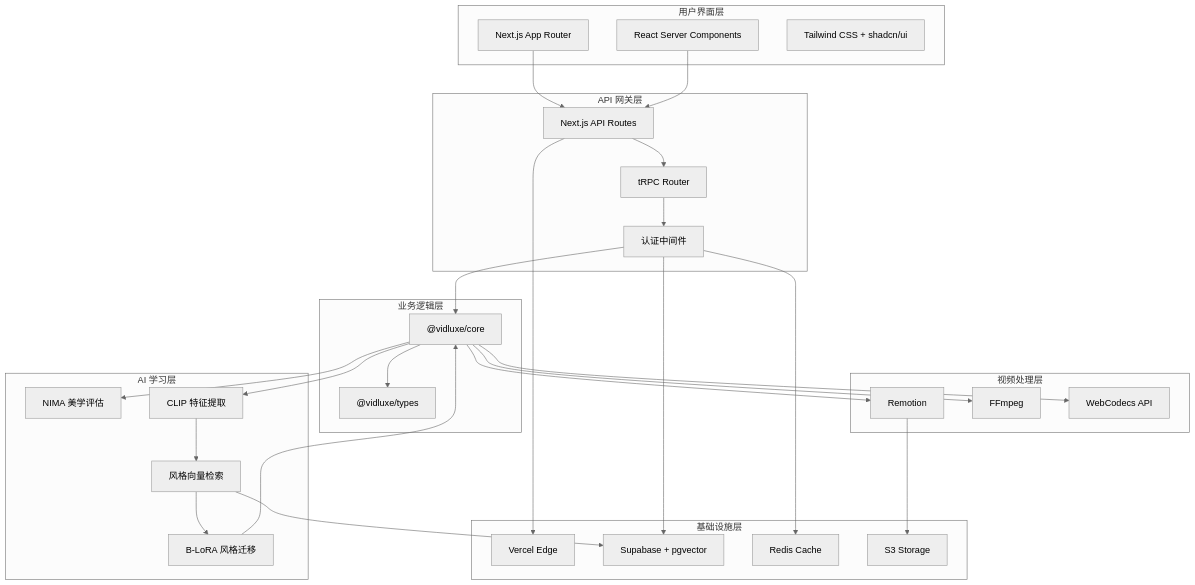
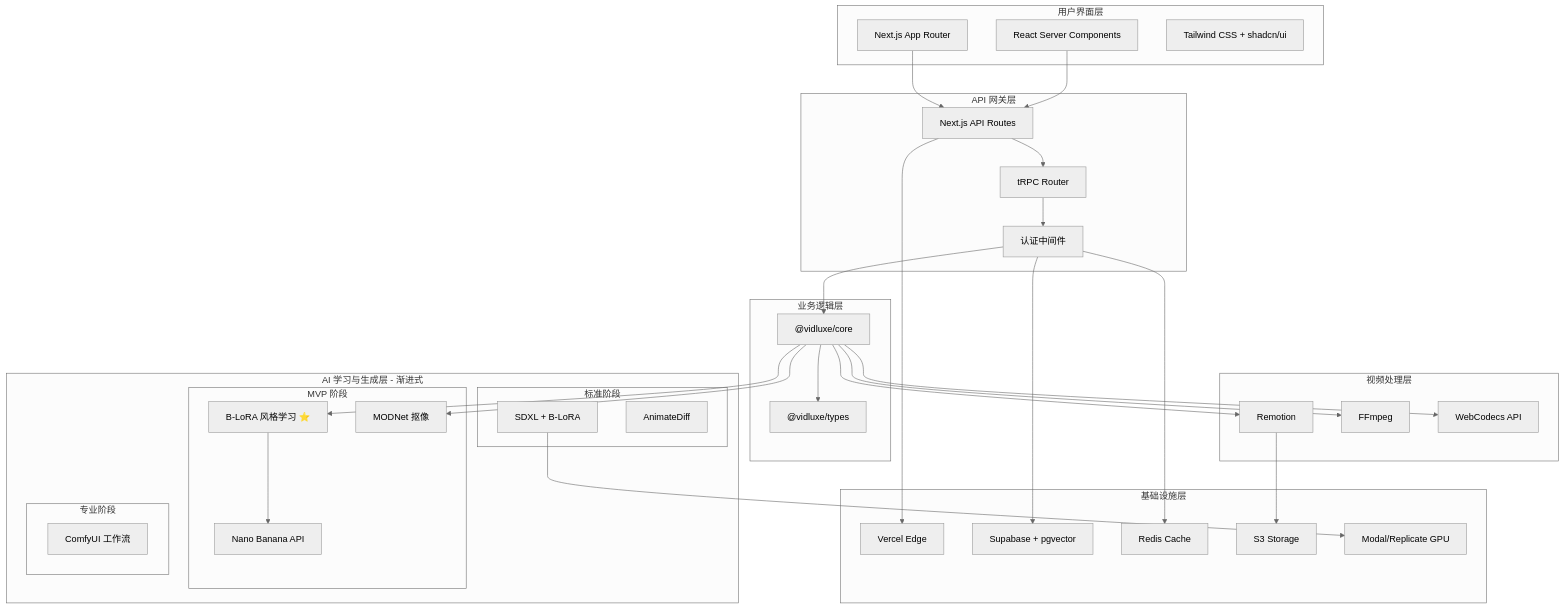
The first of 3 diagrams in docs/ARCHITECTURE.md (w932635477-bit/VidLuxe-), drawn with Mermaid (neutral theme) before and after one commit. The commit also changed other lines of this file and 14 other files, not shown here.

````diff
--- a/docs/ARCHITECTURE.md
+++ b/docs/ARCHITECTURE.md
@@ -7,59 +9,66 @@
 ```mermaid
 graph TB
     subgraph "用户界面层"
         A[Next.js App Router]
         B[React Server Components]
         C[Tailwind CSS + shadcn/ui]
     end
 
     subgraph "API 网关层"
         D[Next.js API Routes]
         E[tRPC Router]
         F[认证中间件]
     end
 
     subgraph "业务逻辑层"
         G["@vidluxe/core"]
         H["@vidluxe/types"]
     end
 
-    subgraph "AI 学习层"
-        IA[NIMA 美学评估]
-        IB[CLIP 特征提取]
-        IC[风格向量检索]
-        ID[B-LoRA 风格迁移]
+    subgraph "AI 学习与生成层 - 渐进式"
+        subgraph "MVP 阶段"
+            IA[B-LoRA 风格学习 ⭐]
+            IB[Nano Banana API]
+            IC[MODNet 抠像]
+        end
+        subgraph "标准阶段"
+            ID[SDXL + B-LoRA]
+            IE[AnimateDiff]
+        end
+        subgraph "专业阶段"
+            IF[ComfyUI 工作流]
+        end
     end
 
     subgraph "视频处理层"
         I[Remotion]
         J[FFmpeg]
         K[WebCodecs API]
     end
 
     subgraph "基础设施层"
         L[Vercel Edge]
         M[Supabase + pgvector]
         N[Redis Cache]
         O[S3 Storage]
+        P[Modal/Replicate GPU]
     end
 
     A --> D
     B --> D
     D --> E
     E --> F
     F --> G
     G --> H
     G --> IA
-    G --> IB
-    IB --> IC
-    IC --> ID
-    ID --> G
+    IA --> IB
+    G --> IC
     G --> I
     G --> J
     G --> K
     D --> L
     F --> M
     F --> N
-    IC --> M
     I --> O
+    ID --> P
 ```
````
